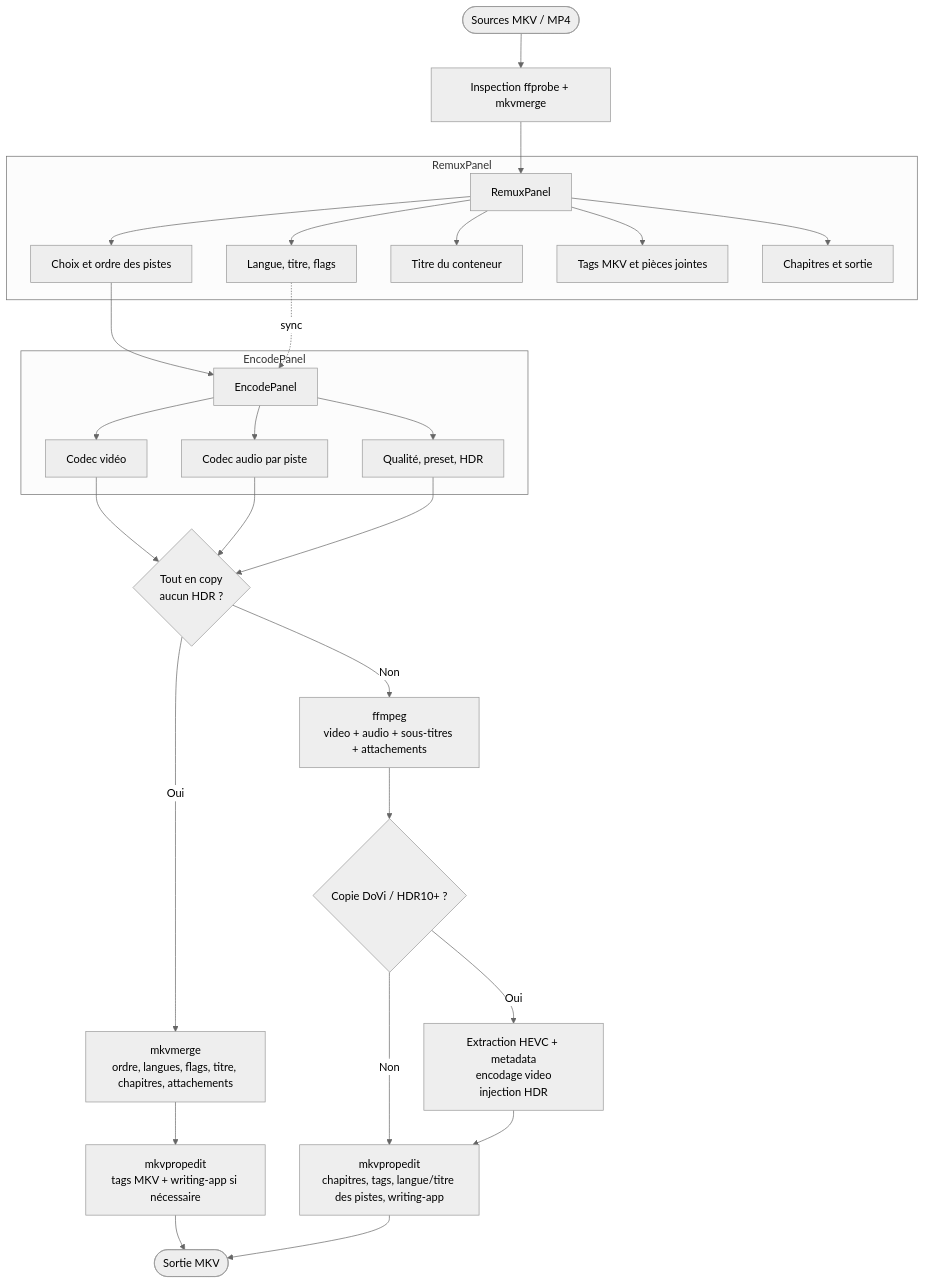
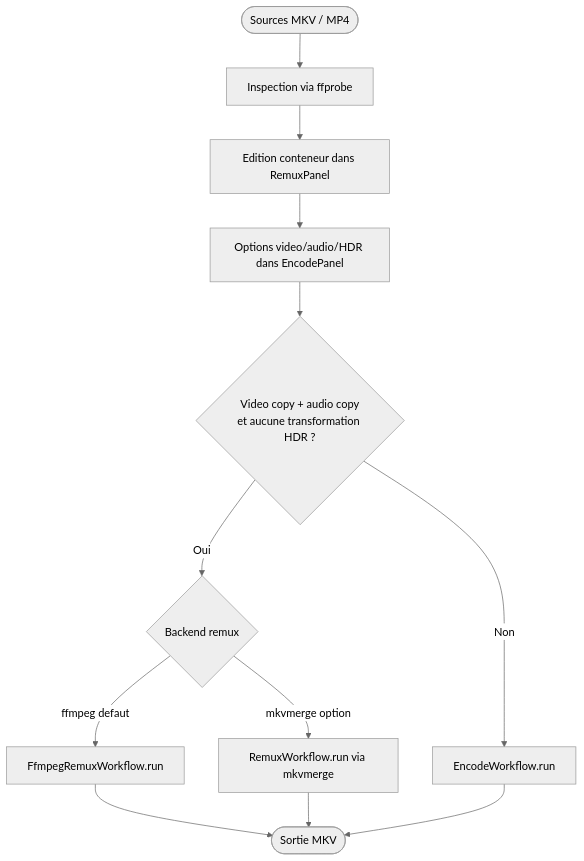
Before and after one commit to Hydro74000/muxiveo: the first of 5 diagrams in README.md, drawn with Mermaid (neutral theme). The commit also changed other lines of this file and 20 other files, not shown here.

Commit message:
Refactor and review all code to avoid mkvtoolnix tools and only use ffmpeg/dovitool/hdr10plustool/mediainfo

````diff
--- a/README.md
+++ b/README.md
@@ -283,37 +325,16 @@
 ```mermaid
 flowchart TD
-    A([Sources MKV / MP4]) --> B[Inspection ffprobe + mkvmerge]
-    B --> C[RemuxPanel]
+    A([Sources MKV / MP4]) --> B[Inspection via ffprobe]
+    B --> C[Edition conteneur dans RemuxPanel]
+    C --> D[Options video/audio/HDR dans EncodePanel]
+    D --> E{Video copy + audio copy\net aucune transformation HDR ?}
 
-    subgraph REMUX[RemuxPanel]
-        C --> C1[Choix et ordre des pistes]
-        C --> C2[Langue, titre, flags]
-        C --> C3[Titre du conteneur]
-        C --> C4[Tags MKV et pièces jointes]
-        C --> C5[Chapitres et sortie]
-    end
+    E -->|Oui| F{Backend remux}
+    F -->|ffmpeg defaut| G[FfmpegRemuxWorkflow.run]
+    F -->|mkvmerge option| H[RemuxWorkflow.run via mkvmerge]
+    G --> Z
+    H --> Z
 
-    C1 --> D[EncodePanel]
-    C2 -. sync .-> D
-
-    subgraph ENCODE[EncodePanel]
-        D --> D1[Codec vidéo]
-        D --> D2[Codec audio par piste]
-        D --> D3[Qualité, preset, HDR]
-    end
-
-    D1 --> E{Tout en copy\naucun HDR ?}
-    D2 --> E
-    D3 --> E
-
-    E -->|Oui| F[mkvmerge\nordre, langues, flags, titre, chapitres, attachements]
-    F --> G[mkvpropedit\ntags MKV + writing-app si nécessaire]
-    G --> Z([Sortie MKV])
-
-    E -->|Non| H[ffmpeg\nvideo + audio + sous-titres + attachements]
-    H --> I{Copie DoVi / HDR10+ ?}
-    I -->|Non| J[mkvpropedit\nchapitres, tags, langue/titre des pistes, writing-app]
-    I -->|Oui| K[Extraction HEVC + metadata\nencodage video\ninjection HDR]
-    K --> J
-    J --> Z
+    E -->|Non| I[EncodeWorkflow.run]
+    I --> Z([Sortie MKV])
 ```
````
